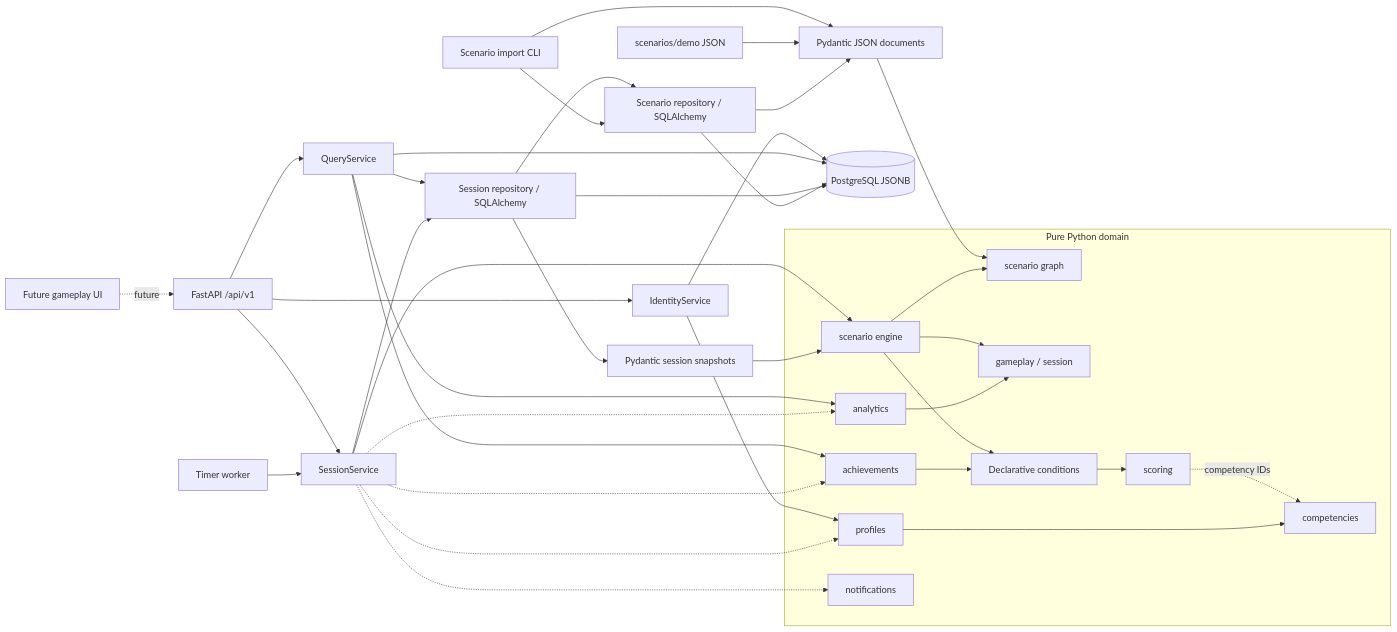
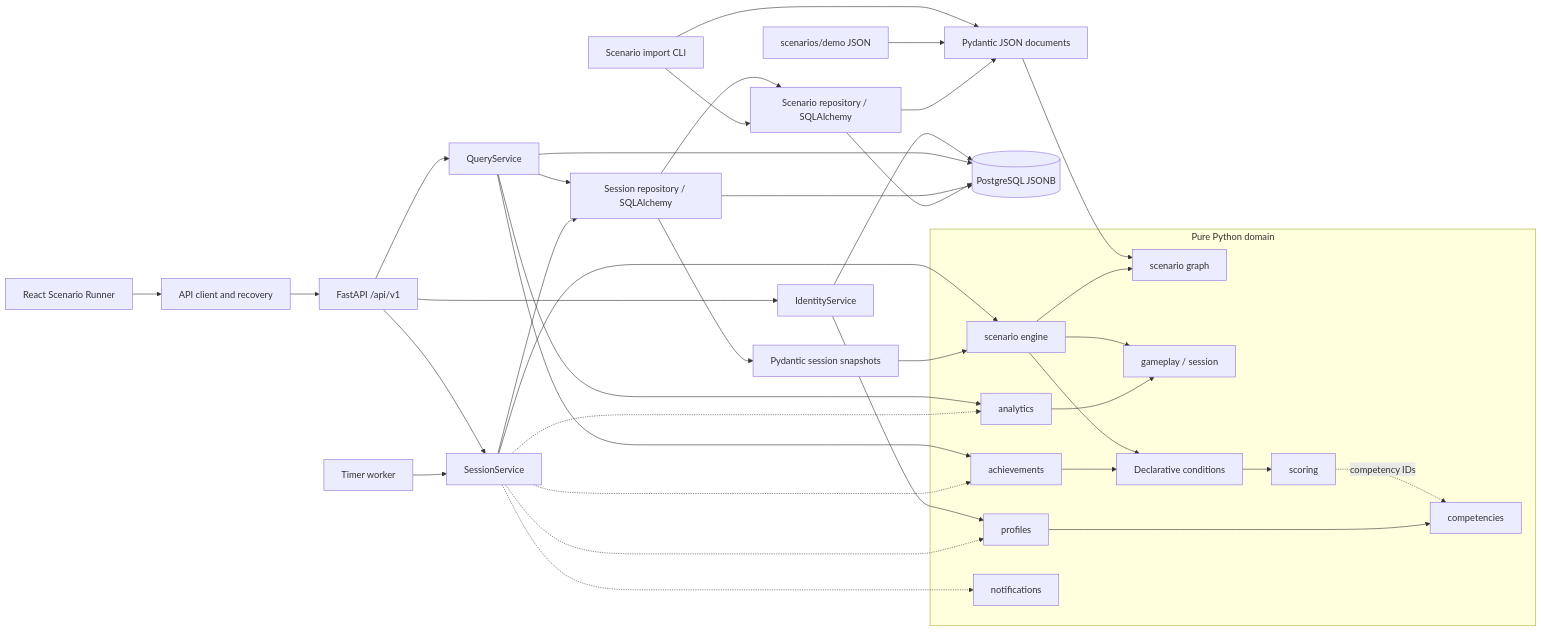
Before and after one commit to chidori31/vsm-training-platform: the diagram in docs/ARCHITECTURE.md, drawn with Mermaid. The commit also changed other lines of this file and 24 other files, not shown here.

Commit message:
feat: build immersive scenario runner

````diff
--- a/docs/ARCHITECTURE.md
+++ b/docs/ARCHITECTURE.md
@@ -23,41 +24,42 @@
 ```mermaid
 flowchart LR
-    React[Future gameplay UI] -. future .-> API[FastAPI /api/v1]
+    React[React Scenario Runner] --> Client[API client and recovery]
+    Client --> API[FastAPI /api/v1]
     API --> UseCases[SessionService]
     API --> Identity[IdentityService]
     API --> Queries[QueryService]
     Identity --> Profiles
     Identity --> PG
     Queries --> Sessions
     Queries --> Analytics
     Queries --> Achievements
     Queries --> PG
     Worker[Timer worker] --> UseCases
     UseCases --> Engine[scenario engine]
     UseCases --> Sessions[Session repository / SQLAlchemy]
     Sessions --> Snapshots[Pydantic session snapshots]
     Sessions --> SQL[Scenario repository / SQLAlchemy]
     Sessions --> PG[(PostgreSQL JSONB)]
     CLI[Scenario import CLI] --> Documents[Pydantic JSON documents]
     Files[scenarios/demo JSON] --> Documents
     CLI --> SQL
     SQL --> Documents
     SQL --> PG
     Documents --> Graph[scenario graph]
     Snapshots --> Engine
     subgraph Domain[Pure Python domain]
         Engine --> Gameplay[gameplay / session]
         Engine --> Graph
         Engine --> Rules[Declarative conditions]
         Rules --> Scoring[scoring]
         Scoring -. competency IDs .-> Competencies[competencies]
         Profiles[profiles] --> Competencies
         Achievements[achievements] --> Rules
         Notifications[notifications]
         Analytics[analytics] --> Gameplay
     end
     UseCases -.-> Profiles
     UseCases -.-> Achievements
     UseCases -.-> Notifications
     UseCases -.-> Analytics
 ```
````
